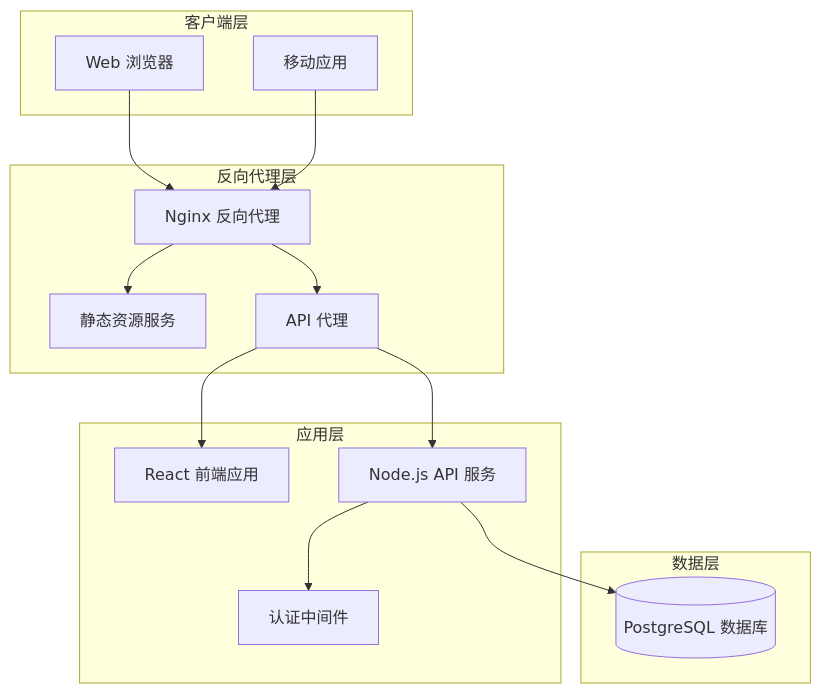
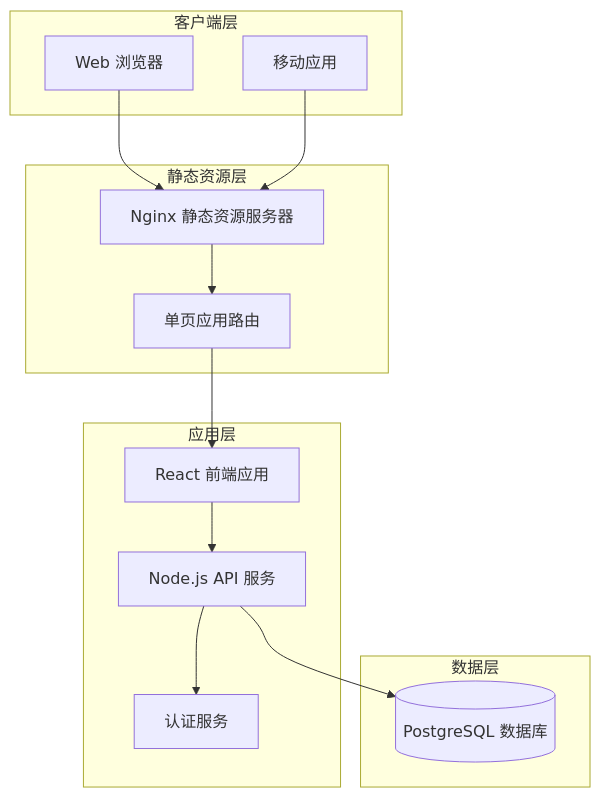
One commit to hanksd769-droid/sailshub changed the first of 7 diagrams in .qoder/repowiki/zh/content/部署与运维/Nginx 反向代理.md. Above: the diagram before and after it, drawn with Mermaid. The commit also changed other lines of this file and 6 other files, not shown here.

````diff
--- a/.qoder/repowiki/zh/content/部署与运维/Nginx 反向代理.md
+++ b/.qoder/repowiki/zh/content/部署与运维/Nginx 反向代理.md
@@ -37,28 +42,26 @@
 ```mermaid
 graph TB
 subgraph "客户端层"
 Browser[Web 浏览器]
 Mobile[移动应用]
 end
-subgraph "反向代理层"
-Nginx[Nginx 反向代理]
-Static[静态资源服务]
-Proxy[API 代理]
+subgraph "静态资源层"
+Nginx[Nginx 静态资源服务器]
+SPA[单页应用路由]
 end
 subgraph "应用层"
 Frontend[React 前端应用]
 API[Node.js API 服务]
-Auth[认证中间件]
+Auth[认证服务]
 end
 subgraph "数据层"
 Database[(PostgreSQL 数据库)]
 end
 Browser --> Nginx
 Mobile --> Nginx
-Nginx --> Static
-Nginx --> Proxy
-Proxy --> Frontend
-Proxy --> API
+Nginx --> SPA
+SPA --> Frontend
+Frontend --> API
 API --> Auth
 API --> Database
 ```
````
